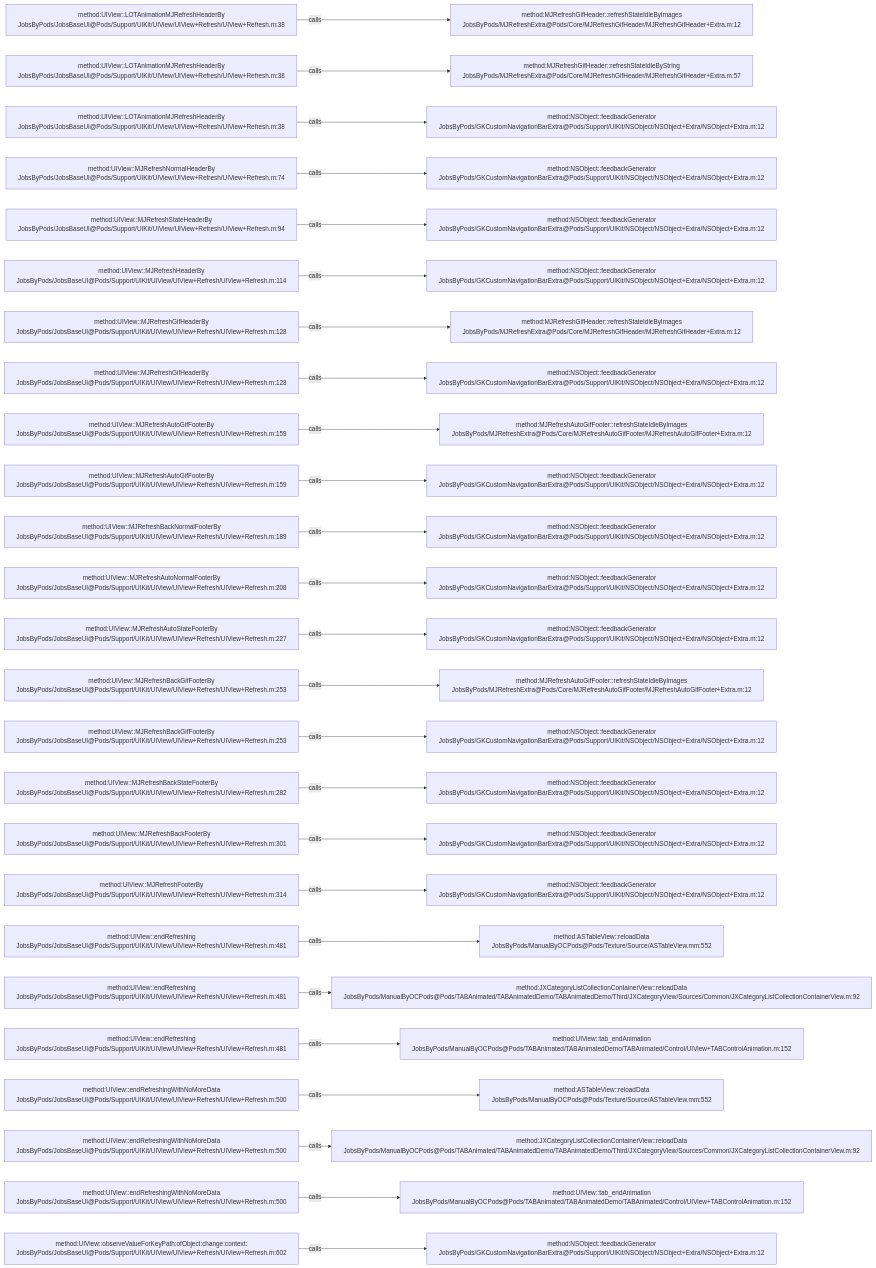
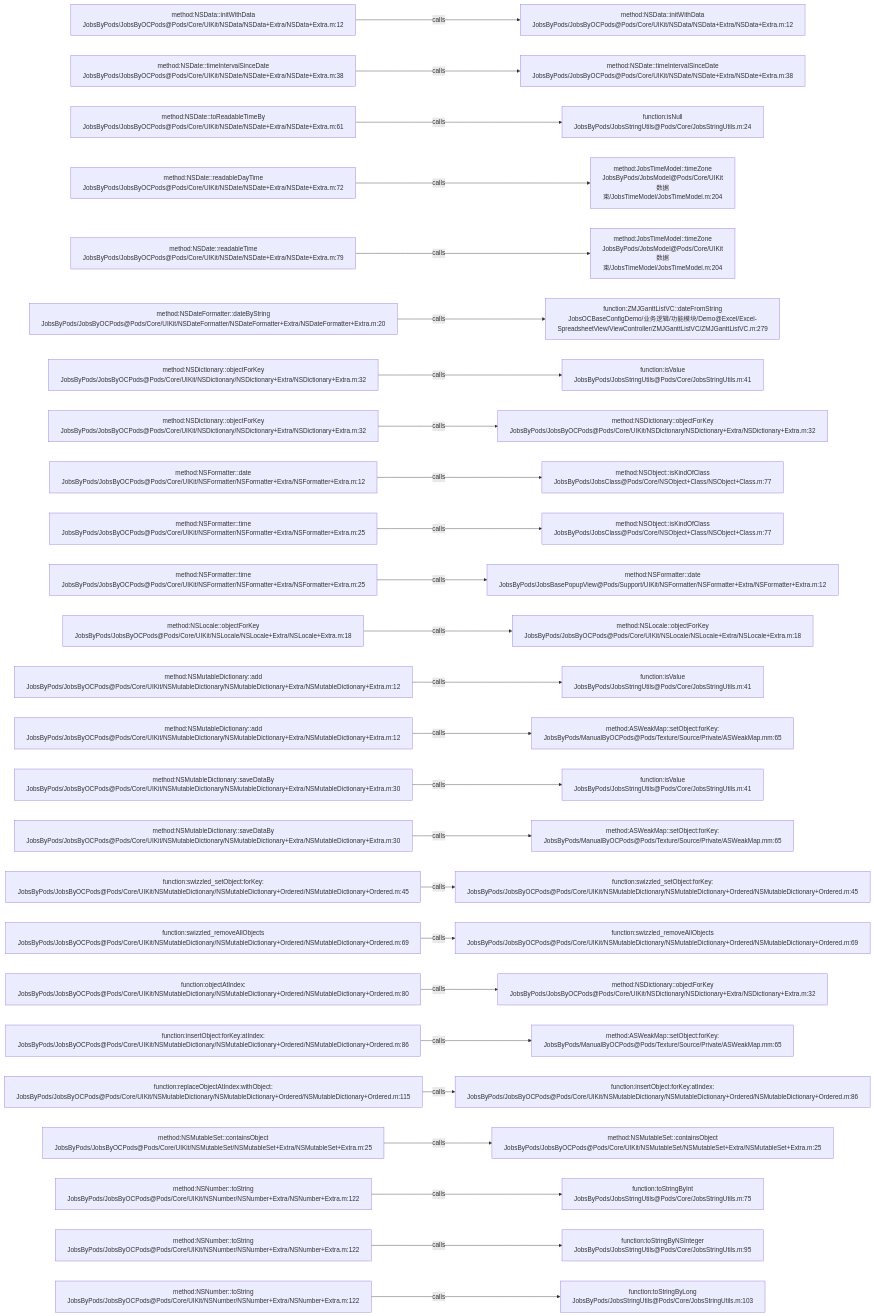
One commit to JobsKits/JobsOCBaseConfigDemo changed the diagram in .codegraph/codegraph.md/graphs/calls-050.md. Above: the diagram before and after it, drawn with Mermaid. The commit also changed 639 other files, not shown here.

````diff
--- a/.codegraph/codegraph.md/graphs/calls-050.md
+++ b/.codegraph/codegraph.md/graphs/calls-050.md
@@ -13,78 +13,78 @@
 ```mermaid
 flowchart LR
-  S1["method:UIView::LOTAnimationMJRefreshHeaderBy<br/>JobsByPods/JobsBaseUI@Pods/Support/UIKit/UIView/UIView+Refresh/UIView+Refresh.m:38"]
-  T1["method:MJRefreshGifHeader::refreshStateIdleByImages<br/>JobsByPods/MJRefreshExtra@Pods/Core/MJRefreshGifHeader/MJRefreshGifHeader+Extra.m:12"]
+  S1["method:NSData::initWithData<br/>JobsByPods/JobsByOCPods@Pods/Core/UIKit/NSData/NSData+Extra/NSData+Extra.m:12"]
+  T1["method:NSData::initWithData<br/>JobsByPods/JobsByOCPods@Pods/Core/UIKit/NSData/NSData+Extra/NSData+Extra.m:12"]
   S1 -->|calls| T1
-  S2["method:UIView::LOTAnimationMJRefreshHeaderBy<br/>JobsByPods/JobsBaseUI@Pods/Support/UIKit/UIView/UIView+Refresh/UIView+Refresh.m:38"]
-  T2["method:MJRefreshGifHeader::refreshStateIdleByString<br/>JobsByPods/MJRefreshExtra@Pods/Core/MJRefreshGifHeader/MJRefreshGifHeader+Extra.m:57"]
+  S2["method:NSDate::timeIntervalSinceDate<br/>JobsByPods/JobsByOCPods@Pods/Core/UIKit/NSDate/NSDate+Extra/NSDate+Extra.m:38"]
+  T2["method:NSDate::timeIntervalSinceDate<br/>JobsByPods/JobsByOCPods@Pods/Core/UIKit/NSDate/NSDate+Extra/NSDate+Extra.m:38"]
   S2 -->|calls| T2
-  S3["method:UIView::LOTAnimationMJRefreshHeaderBy<br/>JobsByPods/JobsBaseUI@Pods/Support/UIKit/UIView/UIView+Refresh/UIView+Refresh.m:38"]
-  T3["method:NSObject::feedbackGenerator<br/>JobsByPods/GKCustomNavigationBarExtra@Pods/Support/UIKit/NSObject/NSObject+Extra/NSObject+Extra.m:12"]
+  S3["method:NSDate::toReadableTimeBy<br/>JobsByPods/JobsByOCPods@Pods/Core/UIKit/NSDate/NSDate+Extra/NSDate+Extra.m:61"]
+  T3["function:isNull<br/>JobsByPods/JobsStringUtils@Pods/Core/JobsStringUtils.m:24"]
   S3 -->|calls| T3
-  S4["method:UIView::MJRefreshNormalHeaderBy<br/>JobsByPods/JobsBaseUI@Pods/Support/UIKit/UIView/UIView+Refresh/UIView+Refresh.m:74"]
-  T4["method:NSObject::feedbackGenerator<br/>JobsByPods/GKCustomNavigationBarExtra@Pods/Support/UIKit/NSObject/NSObject+Extra/NSObject+Extra.m:12"]
+  S4["method:NSDate::readableDayTime<br/>JobsByPods/JobsByOCPods@Pods/Core/UIKit/NSDate/NSDate+Extra/NSDate+Extra.m:72"]
+  T4["method:JobsTimeModel::timeZone<br/>JobsByPods/JobsModel@Pods/Core/UIKit数据束/JobsTimeModel/JobsTimeModel.m:204"]
   S4 -->|calls| T4
-  S5["method:UIView::MJRefreshStateHeaderBy<br/>JobsByPods/JobsBaseUI@Pods/Support/UIKit/UIView/UIView+Refresh/UIView+Refresh.m:94"]
-  T5["method:NSObject::feedbackGenerator<br/>JobsByPods/GKCustomNavigationBarExtra@Pods/Support/UIKit/NSObject/NSObject+Extra/NSObject+Extra.m:12"]
+  S5["method:NSDate::readableTime<br/>JobsByPods/JobsByOCPods@Pods/Core/UIKit/NSDate/NSDate+Extra/NSDate+Extra.m:79"]
+  T5["method:JobsTimeModel::timeZone<br/>JobsByPods/JobsModel@Pods/Core/UIKit数据束/JobsTimeModel/JobsTimeModel.m:204"]
   S5 -->|calls| T5
-  S6["method:UIView::MJRefreshHeaderBy<br/>JobsByPods/JobsBaseUI@Pods/Support/UIKit/UIView/UIView+Refresh/UIView+Refresh.m:114"]
-  T6["method:NSObject::feedbackGenerator<br/>JobsByPods/GKCustomNavigationBarExtra@Pods/Support/UIKit/NSObject/NSObject+Extra/NSObject+Extra.m:12"]
+  S6["method:NSDateFormatter::dateByString<br/>JobsByPods/JobsByOCPods@Pods/Core/UIKit/NSDateFormatter/NSDateFormatter+Extra/NSDateFormatter+Extra.m:20"]
+  T6["function:ZMJGanttListVC::dateFromString<br/>JobsOCBaseConfigDemo/业务逻辑/功能模块/Demo@Excel/Excel-SpreadsheetView/ViewController/ZMJGanttListVC/ZMJGanttListVC.m:279"]
   S6 -->|calls| T6
-  S7["method:UIView::MJRefreshGifHeaderBy<br/>JobsByPods/JobsBaseUI@Pods/Support/UIKit/UIView/UIView+Refresh/UIView+Refresh.m:128"]
-  T7["method:MJRefreshGifHeader::refreshStateIdleByImages<br/>JobsByPods/MJRefreshExtra@Pods/Core/MJRefreshGifHeader/MJRefreshGifHeader+Extra.m:12"]
+  S7["method:NSDictionary::objectForKey<br/>JobsByPods/JobsByOCPods@Pods/Core/UIKit/NSDictionary/NSDictionary+Extra/NSDictionary+Extra.m:32"]
+  T7["function:isValue<br/>JobsByPods/JobsStringUtils@Pods/Core/JobsStringUtils.m:41"]
   S7 -->|calls| T7
-  S8["method:UIView::MJRefreshGifHeaderBy<br/>JobsByPods/JobsBaseUI@Pods/Support/UIKit/UIView/UIView+Refresh/UIView+Refresh.m:128"]
-  T8["method:NSObject::feedbackGenerator<br/>JobsByPods/GKCustomNavigationBarExtra@Pods/Support/UIKit/NSObject/NSObject+Extra/NSObject+Extra.m:12"]
+  S8["method:NSDictionary::objectForKey<br/>JobsByPods/JobsByOCPods@Pods/Core/UIKit/NSDictionary/NSDictionary+Extra/NSDictionary+Extra.m:32"]
+  T8["method:NSDictionary::objectForKey<br/>JobsByPods/JobsByOCPods@Pods/Core/UIKit/NSDictionary/NSDictionary+Extra/NSDictionary+Extra.m:32"]
   S8 -->|calls| T8
-  S9["method:UIView::MJRefreshAutoGifFooterBy<br/>JobsByPods/JobsBaseUI@Pods/Support/UIKit/UIView/UIView+Refresh/UIView+Refresh.m:159"]
-  T9["method:MJRefreshAutoGifFooter::refreshStateIdleByImages<br/>JobsByPods/MJRefreshExtra@Pods/Core/MJRefreshAutoGifFooter/MJRefreshAutoGifFooter+Extra.m:12"]
+  S9["method:NSFormatter::date<br/>JobsByPods/JobsByOCPods@Pods/Core/UIKit/NSFormatter/NSFormatter+Extra/NSFormatter+Extra.m:12"]
+  T9["method:NSObject::isKindOfClass<br/>JobsByPods/JobsClass@Pods/Core/NSObject+Class/NSObject+Class.m:77"]
   S9 -->|calls| T9
-  S10["method:UIView::MJRefreshAutoGifFooterBy<br/>JobsByPods/JobsBaseUI@Pods/Support/UIKit/UIView/UIView+Refresh/UIView+Refresh.m:159"]
-  T10["method:NSObject::feedbackGenerator<br/>JobsByPods/GKCustomNavigationBarExtra@Pods/Support/UIKit/NSObject/NSObject+Extra/NSObject+Extra.m:12"]
+  S10["method:NSFormatter::time<br/>JobsByPods/JobsByOCPods@Pods/Core/UIKit/NSFormatter/NSFormatter+Extra/NSFormatter+Extra.m:25"]
+  T10["method:NSObject::isKindOfClass<br/>JobsByPods/JobsClass@Pods/Core/NSObject+Class/NSObject+Class.m:77"]
   S10 -->|calls| T10
-  S11["method:UIView::MJRefreshBackNormalFooterBy<br/>JobsByPods/JobsBaseUI@Pods/Support/UIKit/UIView/UIView+Refresh/UIView+Refresh.m:189"]
-  T11["method:NSObject::feedbackGenerator<br/>JobsByPods/GKCustomNavigationBarExtra@Pods/Support/UIKit/NSObject/NSObject+Extra/NSObject+Extra.m:12"]
+  S11["method:NSFormatter::time<br/>JobsByPods/JobsByOCPods@Pods/Core/UIKit/NSFormatter/NSFormatter+Extra/NSFormatter+Extra.m:25"]
+  T11["method:NSFormatter::date<br/>JobsByPods/JobsBasePopupView@Pods/Support/UIKit/NSFormatter/NSFormatter+Extra/NSFormatter+Extra.m:12"]
   S11 -->|calls| T11
-  S12["method:UIView::MJRefreshAutoNormalFooterBy<br/>JobsByPods/JobsBaseUI@Pods/Support/UIKit/UIView/UIView+Refresh/UIView+Refresh.m:208"]
-  T12["method:NSObject::feedbackGenerator<br/>JobsByPods/GKCustomNavigationBarExtra@Pods/Support/UIKit/NSObject/NSObject+Extra/NSObject+Extra.m:12"]
+  S12["method:NSLocale::objectForKey<br/>JobsByPods/JobsByOCPods@Pods/Core/UIKit/NSLocale/NSLocale+Extra/NSLocale+Extra.m:18"]
+  T12["method:NSLocale::objectForKey<br/>JobsByPods/JobsByOCPods@Pods/Core/UIKit/NSLocale/NSLocale+Extra/NSLocale+Extra.m:18"]
   S12 -->|calls| T12
-  S13["method:UIView::MJRefreshAutoStateFooterBy<br/>JobsByPods/JobsBaseUI@Pods/Support/UIKit/UIView/UIView+Refresh/UIView+Refresh.m:227"]
-  T13["method:NSObject::feedbackGenerator<br/>JobsByPods/GKCustomNavigationBarExtra@Pods/Support/UIKit/NSObject/NSObject+Extra/NSObject+Extra.m:12"]
+  S13["method:NSMutableDictionary::add<br/>JobsByPods/JobsByOCPods@Pods/Core/UIKit/NSMutableDictionary/NSMutableDictionary+Extra/NSMutableDictionary+Extra.m:12"]
+  T13["function:isValue<br/>JobsByPods/JobsStringUtils@Pods/Core/JobsStringUtils.m:41"]
   S13 -->|calls| T13
-  S14["method:UIView::MJRefreshBackGifFooterBy<br/>JobsByPods/JobsBaseUI@Pods/Support/UIKit/UIView/UIView+Refresh/UIView+Refresh.m:253"]
-  T14["method:MJRefreshAutoGifFooter::refreshStateIdleByImages<br/>JobsByPods/MJRefreshExtra@Pods/Core/MJRefreshAutoGifFooter/MJRefreshAutoGifFooter+Extra.m:12"]
+  S14["method:NSMutableDictionary::add<br/>JobsByPods/JobsByOCPods@Pods/Core/UIKit/NSMutableDictionary/NSMutableDictionary+Extra/NSMutableDictionary+Extra.m:12"]
+  T14["method:ASWeakMap::setObject:forKey:<br/>JobsByPods/ManualByOCPods@Pods/Texture/Source/Private/ASWeakMap.mm:65"]
   S14 -->|calls| T14
-  S15["method:UIView::MJRefreshBackGifFooterBy<br/>JobsByPods/JobsBaseUI@Pods/Support/UIKit/UIView/UIView+Refresh/UIView+Refresh.m:253"]
-  T15["method:NSObject::feedbackGenerator<br/>JobsByPods/GKCustomNavigationBarExtra@Pods/Support/UIKit/NSObject/NSObject+Extra/NSObject+Extra.m:12"]
+  S15["method:NSMutableDictionary::saveDataBy<br/>JobsByPods/JobsByOCPods@Pods/Core/UIKit/NSMutableDictionary/NSMutableDictionary+Extra/NSMutableDictionary+Extra.m:30"]
+  T15["function:isValue<br/>JobsByPods/JobsStringUtils@Pods/Core/JobsStringUtils.m:41"]
   S15 -->|calls| T15
-  S16["method:UIView::MJRefreshBackStateFooterBy<br/>JobsByPods/JobsBaseUI@Pods/Support/UIKit/UIView/UIView+Refresh/UIView+Refresh.m:282"]
-  T16["method:NSObject::feedbackGenerator<br/>JobsByPods/GKCustomNavigationBarExtra@Pods/Support/UIKit/NSObject/NSObject+Extra/NSObject+Extra.m:12"]
+  S16["method:NSMutableDictionary::saveDataBy<br/>JobsByPods/JobsByOCPods@Pods/Core/UIKit/NSMutableDictionary/NSMutableDictionary+Extra/NSMutableDictionary+Extra.m:30"]
+  T16["method:ASWeakMap::setObject:forKey:<br/>JobsByPods/ManualByOCPods@Pods/Texture/Source/Private/ASWeakMap.mm:65"]
   S16 -->|calls| T16
-  S17["method:UIView::MJRefreshBackFooterBy<br/>JobsByPods/JobsBaseUI@Pods/Support/UIKit/UIView/UIView+Refresh/UIView+Refresh.m:301"]
-  T17["method:NSObject::feedbackGenerator<br/>JobsByPods/GKCustomNavigationBarExtra@Pods/Support/UIKit/NSObject/NSObject+Extra/NSObject+Extra.m:12"]
+  S17["function:swizzled_setObject:forKey:<br/>JobsByPods/JobsByOCPods@Pods/Core/UIKit/NSMutableDictionary/NSMutableDictionary+Ordered/NSMutableDictionary+Ordered.m:45"]
+  T17["function:swizzled_setObject:forKey:<br/>JobsByPods/JobsByOCPods@Pods/Core/UIKit/NSMutableDictionary/NSMutableDictionary+Ordered/NSMutableDictionary+Ordered.m:45"]
   S17 -->|calls| T17
-  S18["method:UIView::MJRefreshFooterBy<br/>JobsByPods/JobsBaseUI@Pods/Support/UIKit/UIView/UIView+Refresh/UIView+Refresh.m:314"]
-  T18["method:NSObject::feedbackGenerator<br/>JobsByPods/GKCustomNavigationBarExtra@Pods/Support/UIKit/NSObject/NSObject+Extra/NSObject+Extra.m:12"]
+  S18["function:swizzled_removeAllObjects<br/>JobsByPods/JobsByOCPods@Pods/Core/UIKit/NSMutableDictionary/NSMutableDictionary+Ordered/NSMutableDictionary+Ordered.m:69"]
+  T18["function:swizzled_removeAllObjects<br/>JobsByPods/JobsByOCPods@Pods/Core/UIKit/NSMutableDictionary/NSMutableDictionary+Ordered/NSMutableDictionary+Ordered.m:69"]
   S18 -->|calls| T18
-  S19["method:UIView::endRefreshing<br/>JobsByPods/JobsBaseUI@Pods/Support/UIKit/UIView/UIView+Refresh/UIView+Refresh.m:481"]
-  T19["method:ASTableView::reloadData<br/>JobsByPods/ManualByOCPods@Pods/Texture/Source/ASTableView.mm:552"]
+  S19["function:objectAtIndex:<br/>JobsByPods/JobsByOCPods@Pods/Core/UIKit/NSMutableDictionary/NSMutableDictionary+Ordered/NSMutableDictionary+Ordered.m:80"]
+  T19["method:NSDictionary::objectForKey<br/>JobsByPods/JobsByOCPods@Pods/Core/UIKit/NSDictionary/NSDictionary+Extra/NSDictionary+Extra.m:32"]
   S19 -->|calls| T19
-  S20["method:UIView::endRefreshing<br/>JobsByPods/JobsBaseUI@Pods/Support/UIKit/UIView/UIView+Refresh/UIView+Refresh.m:481"]
-  T20["method:JXCategoryListCollectionContainerView::reloadData<br/>JobsByPods/ManualByOCPods@Pods/TABAnimated/TABAnimatedDemo/TABAnimatedDemo/Third/JXCategoryView/Sources/Common/JXCategoryListCollectionContainerView.m:92"]
+  S20["function:insertObject:forKey:atIndex:<br/>JobsByPods/JobsByOCPods@Pods/Core/UIKit/NSMutableDictionary/NSMutableDictionary+Ordered/NSMutableDictionary+Ordered.m:86"]
+  T20["method:ASWeakMap::setObject:forKey:<br/>JobsByPods/ManualByOCPods@Pods/Texture/Source/Private/ASWeakMap.mm:65"]
   S20 -->|calls| T20
-  S21["method:UIView::endRefreshing<br/>JobsByPods/JobsBaseUI@Pods/Support/UIKit/UIView/UIView+Refresh/UIView+Refresh.m:481"]
-  T21["method:UIView::tab_endAnimation<br/>JobsByPods/ManualByOCPods@Pods/TABAnimated/TABAnimatedDemo/TABAnimated/Control/UIView+TABControlAnimation.m:152"]
+  S21["function:replaceObjectAtIndex:withObject:<br/>JobsByPods/JobsByOCPods@Pods/Core/UIKit/NSMutableDictionary/NSMutableDictionary+Ordered/NSMutableDictionary+Ordered.m:115"]
+  T21["function:insertObject:forKey:atIndex:<br/>JobsByPods/JobsByOCPods@Pods/Core/UIKit/NSMutableDictionary/NSMutableDictionary+Ordered/NSMutableDictionary+Ordered.m:86"]
   S21 -->|calls| T21
-  S22["method:UIView::endRefreshingWithNoMoreData<br/>JobsByPods/JobsBaseUI@Pods/Support/UIKit/UIView/UIView+Refresh/UIView+Refresh.m:500"]
-  T22["method:ASTableView::reloadData<br/>JobsByPods/ManualByOCPods@Pods/Texture/Source/ASTableView.mm:552"]
+  S22["method:NSMutableSet::containsObject<br/>JobsByPods/JobsByOCPods@Pods/Core/UIKit/NSMutableSet/NSMutableSet+Extra/NSMutableSet+Extra.m:25"]
+  T22["method:NSMutableSet::containsObject<br/>JobsByPods/JobsByOCPods@Pods/Core/UIKit/NSMutableSet/NSMutableSet+Extra/NSMutableSet+Extra.m:25"]
   S22 -->|calls| T22
-  S23["method:UIView::endRefreshingWithNoMoreData<br/>JobsByPods/JobsBaseUI@Pods/Support/UIKit/UIView/UIView+Refresh/UIView+Refresh.m:500"]
-  T23["method:JXCategoryListCollectionContainerView::reloadData<br/>JobsByPods/ManualByOCPods@Pods/TABAnimated/TABAnimatedDemo/TABAnimatedDemo/Third/JXCategoryView/Sources/Common/JXCategoryListCollectionContainerView.m:92"]
+  S23["method:NSNumber::toString<br/>JobsByPods/JobsByOCPods@Pods/Core/UIKit/NSNumber/NSNumber+Extra/NSNumber+Extra.m:122"]
+  T23["function:toStringByInt<br/>JobsByPods/JobsStringUtils@Pods/Core/JobsStringUtils.m:75"]
   S23 -->|calls| T23
-  S24["method:UIView::endRefreshingWithNoMoreData<br/>JobsByPods/JobsBaseUI@Pods/Support/UIKit/UIView/UIView+Refresh/UIView+Refresh.m:500"]
-  T24["method:UIView::tab_endAnimation<br/>JobsByPods/ManualByOCPods@Pods/TABAnimated/TABAnimatedDemo/TABAnimated/Control/UIView+TABControlAnimation.m:152"]
+  S24["method:NSNumber::toString<br/>JobsByPods/JobsByOCPods@Pods/Core/UIKit/NSNumber/NSNumber+Extra/NSNumber+Extra.m:122"]
+  T24["function:toStringByNSInteger<br/>JobsByPods/JobsStringUtils@Pods/Core/JobsStringUtils.m:95"]
   S24 -->|calls| T24
-  S25["method:UIView::observeValueForKeyPath:ofObject:change:context:<br/>JobsByPods/JobsBaseUI@Pods/Support/UIKit/UIView/UIView+Refresh/UIView+Refresh.m:602"]
-  T25["method:NSObject::feedbackGenerator<br/>JobsByPods/GKCustomNavigationBarExtra@Pods/Support/UIKit/NSObject/NSObject+Extra/NSObject+Extra.m:12"]
+  S25["method:NSNumber::toString<br/>JobsByPods/JobsByOCPods@Pods/Core/UIKit/NSNumber/NSNumber+Extra/NSNumber+Extra.m:122"]
+  T25["function:toStringByLong<br/>JobsByPods/JobsStringUtils@Pods/Core/JobsStringUtils.m:103"]
   S25 -->|calls| T25
 ```
````
